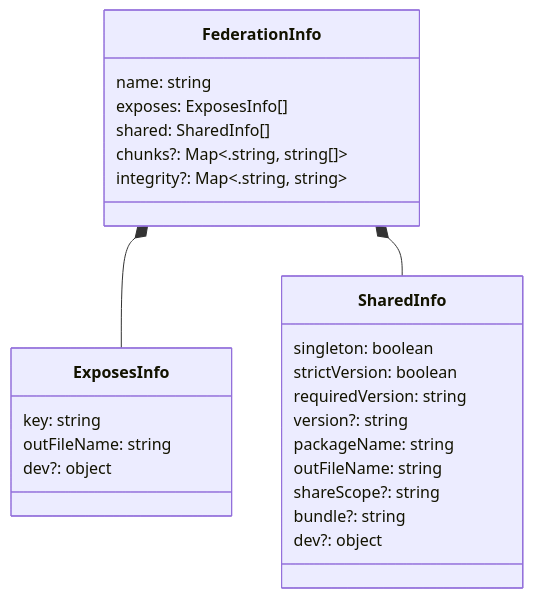
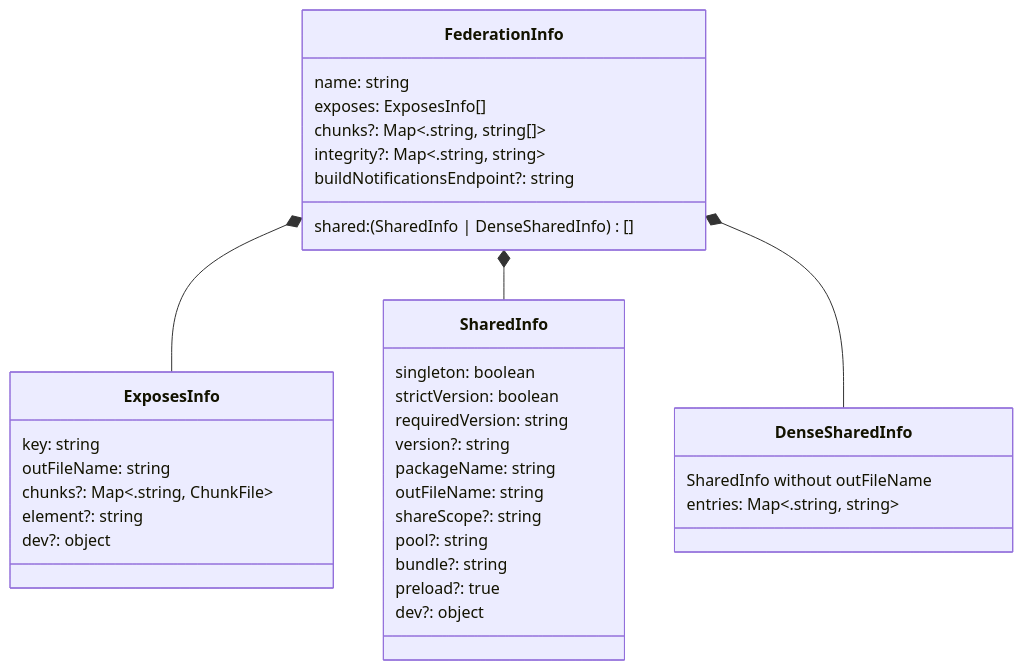
Before and after one commit to native-federation/orchestrator: the third of 5 diagrams in docs/architecture.md, drawn with Mermaid. The commit also changed other lines of this file and 11 other files, not shown here.

````diff
--- a/docs/architecture.md
+++ b/docs/architecture.md
@@ -154,29 +154,39 @@
 ```mermaid
 classDiagram
     FederationInfo *-- ExposesInfo
     FederationInfo *-- SharedInfo
+    FederationInfo *-- DenseSharedInfo
 
     class FederationInfo {
         name: string
         exposes: ExposesInfo[]
-        shared: SharedInfo[]
+        shared: (SharedInfo | DenseSharedInfo)[]
         chunks?: Map<.string, string[]>
         integrity?: Map<.string, string>
+        buildNotificationsEndpoint?: string
     }
     class ExposesInfo{
         key: string
         outFileName: string
+        chunks?: Map<.string, ChunkFile>
+        element?: string
         dev?: object
     }
     class SharedInfo{
         singleton: boolean
         strictVersion: boolean
         requiredVersion: string
         version?: string
         packageName: string
         outFileName: string
         shareScope?: string
+        pool?: string
         bundle?: string
+        preload?: true
         dev?: object
     }
+    class DenseSharedInfo{
+        SharedInfo without outFileName
+        entries: Map<.string, string>
+    }
 ```
````
